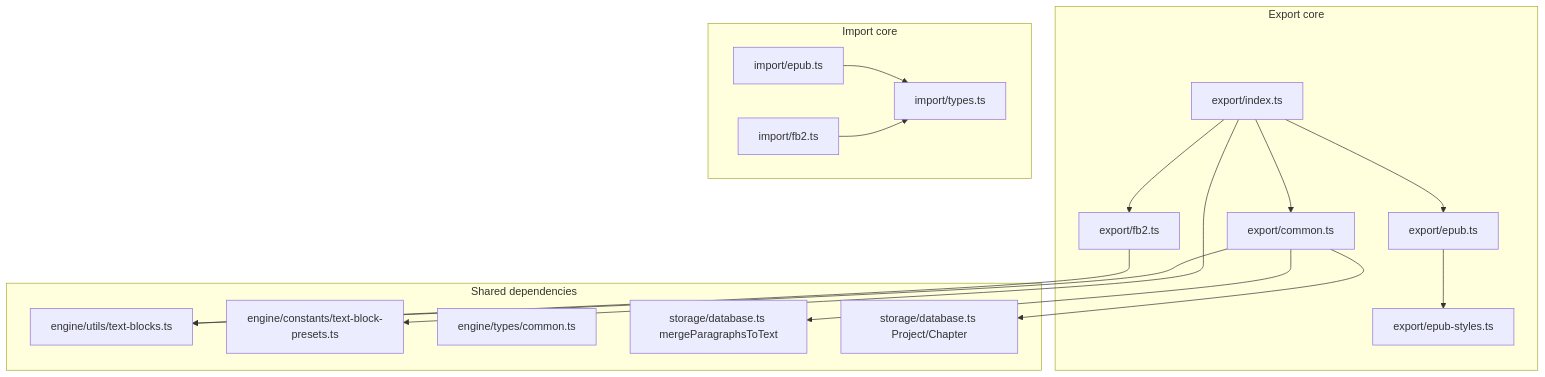
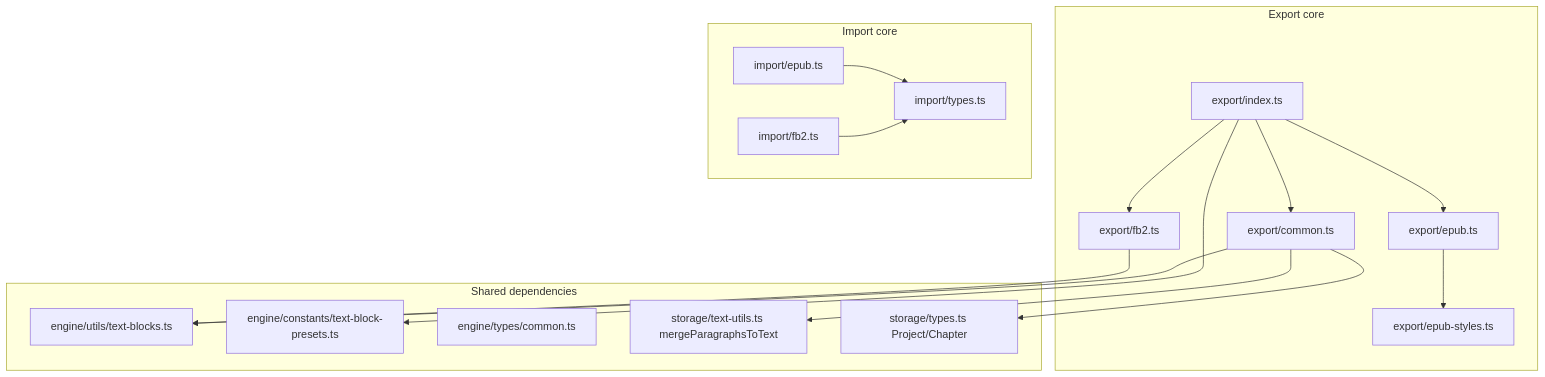
Before and after one commit to arcanewords-app/arcane-reader: the diagram in docs/05-plans/export-extract-manifest.md, drawn with Mermaid. The commit also changed other lines of this file and 31 other files, not shown here.

````diff
--- a/docs/05-plans/export-extract-manifest.md
+++ b/docs/05-plans/export-extract-manifest.md
@@ -45,36 +45,36 @@
 ```mermaid
 flowchart TB
   subgraph exportCore [Export core]
     index["export/index.ts"]
     common["export/common.ts"]
     epub["export/epub.ts"]
     fb2["export/fb2.ts"]
     styles["export/epub-styles.ts"]
   end
 
   subgraph importCore [Import core]
     epubImp["import/epub.ts"]
     fb2Imp["import/fb2.ts"]
     types["import/types.ts"]
   end
 
   subgraph sharedDeps [Shared dependencies]
     textBlocks["engine/utils/text-blocks.ts"]
     presets["engine/constants/text-block-presets.ts"]
     tbType["engine/types/common.ts"]
-    mergePara["storage/database.ts mergeParagraphsToText"]
-    projTypes["storage/database.ts Project/Chapter"]
+    mergePara["storage/text-utils.ts mergeParagraphsToText"]
+    projTypes["storage/types.ts Project/Chapter"]
   end
 
   index --> common
   index --> epub
   index --> fb2
   common --> textBlocks
   common --> mergePara
   common --> projTypes
   index --> presets
   epub --> styles
   fb2 --> textBlocks
   epubImp --> types
   fb2Imp --> types
 ```
````
